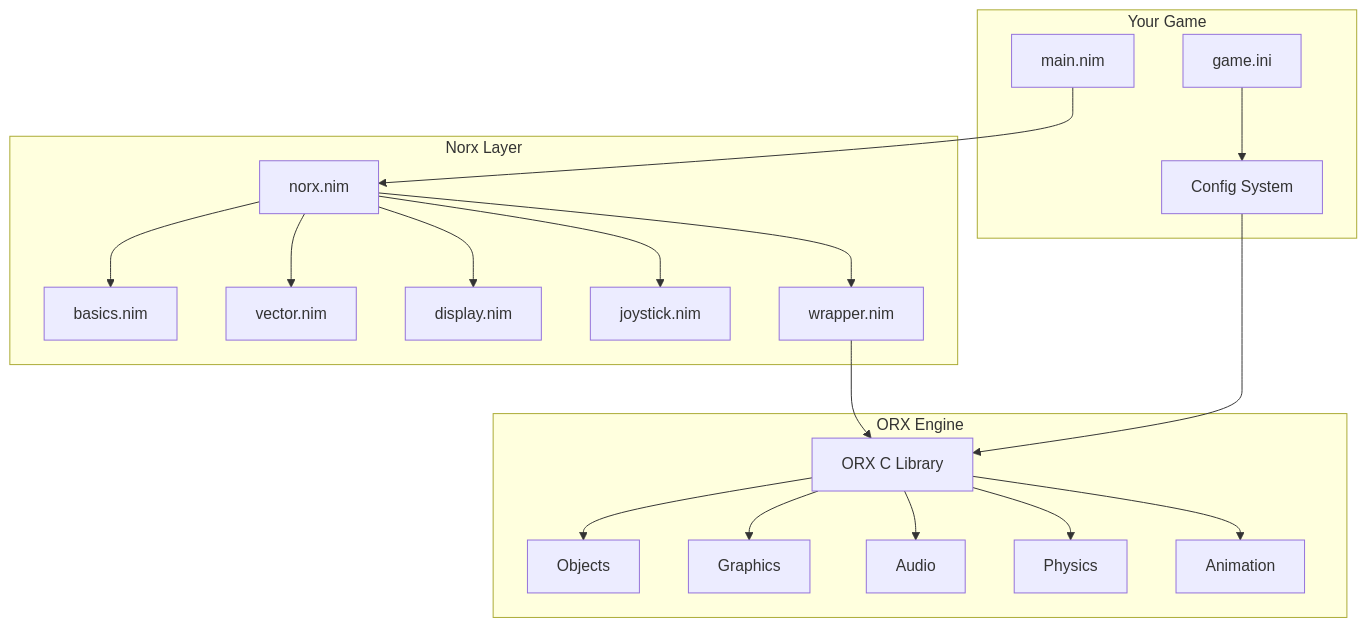
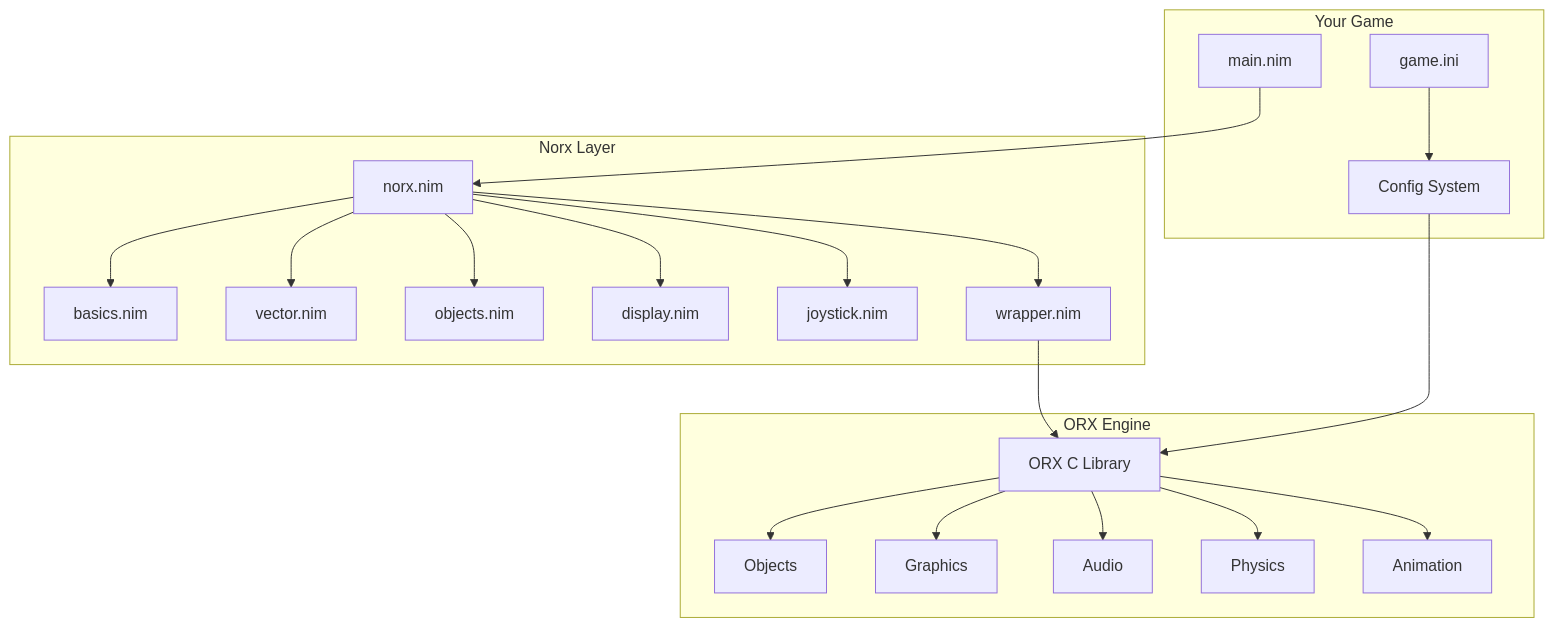
One commit to tankfeud/norx changed the first of 5 diagrams in TUTORIAL.md. Above: the diagram before and after it, drawn with Mermaid. The commit also changed other lines of this file and 5 other files, not shown here.

````diff
--- a/TUTORIAL.md
+++ b/TUTORIAL.md
@@ -125,25 +125,26 @@
 ```mermaid
 graph TB
     subgraph "Norx Layer"
         A[norx.nim] --> B[basics.nim]
         A --> C[vector.nim]
-        A --> D[display.nim]
-        A --> E[joystick.nim]
-        A --> F[wrapper.nim]
+        A --> D[objects.nim]
+        A --> E[display.nim]
+        A --> F[joystick.nim]
+        A --> G[wrapper.nim]
     end
     
     subgraph "ORX Engine"
-        F --> G[ORX C Library]
-        G --> H[Objects]
-        G --> I[Graphics]
-        G --> J[Audio]
-        G --> K[Physics]
-        G --> L[Animation]
+        G --> H[ORX C Library]
+        H --> I[Objects]
+        H --> J[Graphics]
+        H --> K[Audio]
+        H --> L[Physics]
+        H --> M[Animation]
     end
     
     subgraph "Your Game"
-        M[main.nim] --> A
-        N[game.ini] --> O[Config System]
-        O --> G
+        N[main.nim] --> A
+        O[game.ini] --> P[Config System]
+        P --> H
     end
 ```
````
